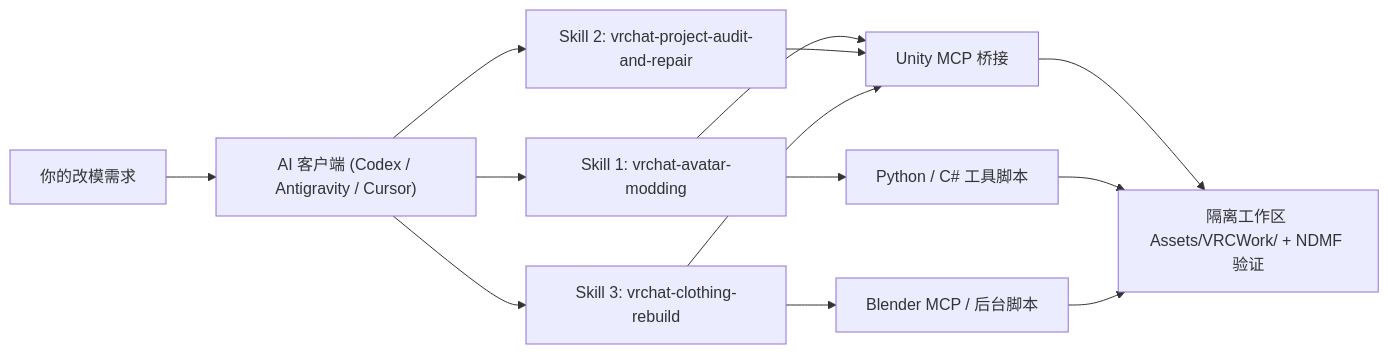
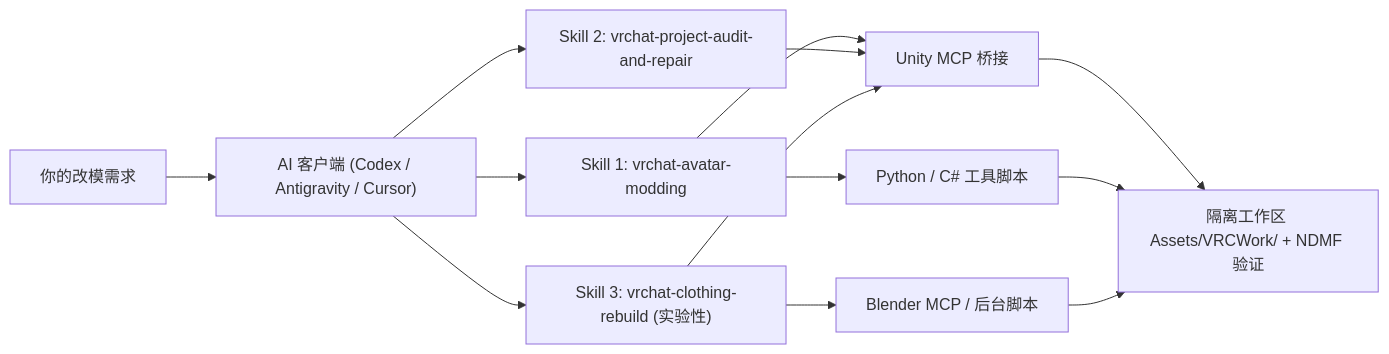
One commit to asmrawa/vrchat-avatar-modding-skills changed the diagram in README_CN.md. Above: the diagram before and after it, drawn with Mermaid. The commit also changed other lines of this file and 6 other files, not shown here.

Commit message:
docs: mark vrchat-clothing-rebuild as experimental and clarify Blender MCP role

````diff
--- a/README_CN.md
+++ b/README_CN.md
@@ -33,17 +33,17 @@
 ```mermaid
 flowchart LR
     User["你的改模需求"] --> Client["AI 客户端 (Codex / Antigravity / Cursor)"]
     Client --> S1["Skill 1: vrchat-avatar-modding"]
     Client --> S2["Skill 2: vrchat-project-audit-and-repair"]
-    Client --> S3["Skill 3: vrchat-clothing-rebuild"]
+    Client --> S3["Skill 3: vrchat-clothing-rebuild (实验性)"]
 
     S1 --> UMCP["Unity MCP 桥接"]
     S2 --> UMCP
     S1 --> CLI["Python / C# 工具脚本"]
     S3 --> BMCP["Blender MCP / 后台脚本"]
     S3 --> UMCP
 
     UMCP --> Work["隔离工作区 Assets/VRCWork/ + NDMF 验证"]
     CLI --> Work
     BMCP --> Work
 ```
````
